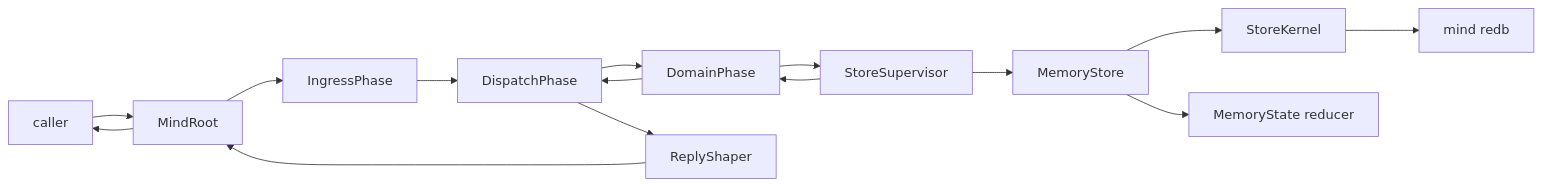
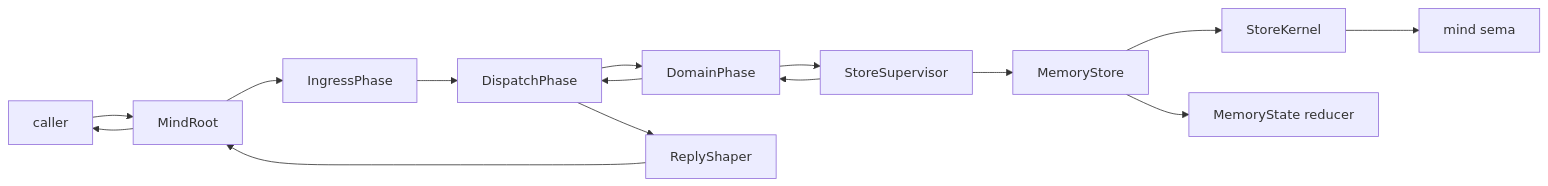
One commit to LiGoldragon/mind changed the fourth of 6 diagrams in ARCHITECTURE.md. Above: the diagram before and after it, drawn with Mermaid. The commit also changed other lines of this file and 11 other files, not shown here.

Commit message:
mind: depend on sema-engine for storage boundary

````diff
--- a/ARCHITECTURE.md
+++ b/ARCHITECTURE.md
@@ -212,17 +212,17 @@
 ```mermaid
 graph LR
     caller[caller] --> root[MindRoot]
     root --> ingress[IngressPhase]
     ingress --> dispatch[DispatchPhase]
     dispatch --> domain[DomainPhase]
     domain --> store[StoreSupervisor]
     store --> memory[MemoryStore]
     memory --> kernel[StoreKernel]
-    kernel --> db[mind redb]
+    kernel --> db[mind sema]
     memory --> reducer[MemoryState reducer]
     store --> domain
     domain --> dispatch
     dispatch --> reply[ReplyShaper]
     reply --> root
     root --> caller
 ```
````
